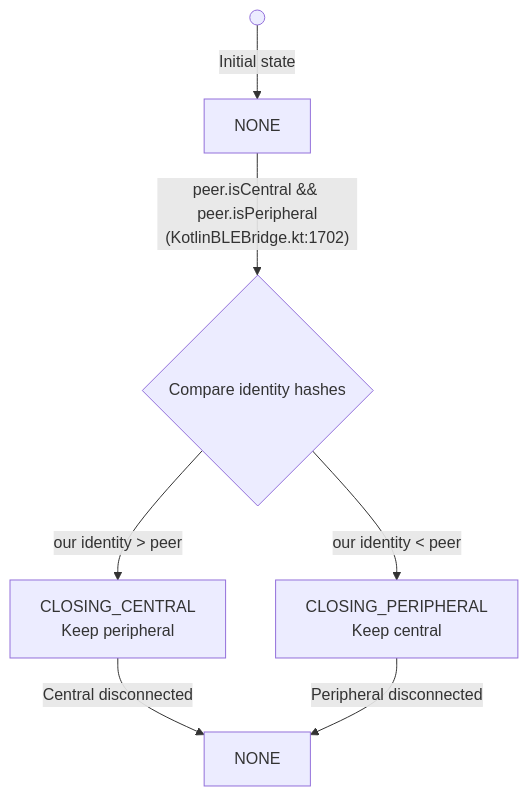
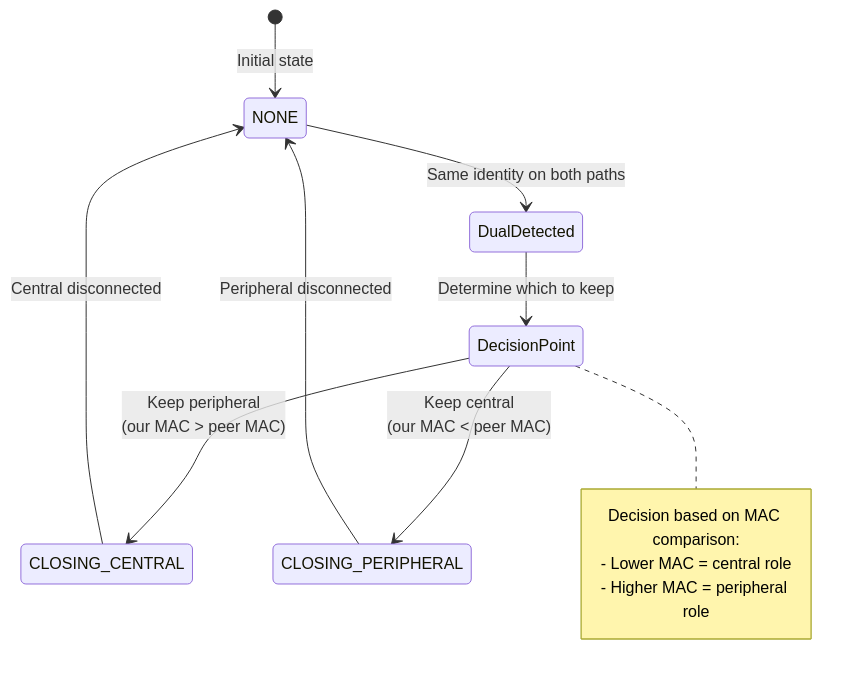
Before and after one commit to derpyspike/columba: diagram 11 of 17 in docs/ble-architecture.md, drawn with Mermaid. The commit also changed other lines of this file, not shown here.

Commit message:
docs(ble): improve architecture diagram layout and structure

````diff
--- a/docs/ble-architecture.md
+++ b/docs/ble-architecture.md
@@ -533,12 +366,20 @@
 ```mermaid
-flowchart TD
-    Start(( )) -->|Initial state| NONE[NONE]
+stateDiagram-v2
+    [*] --> NONE: Initial state
 
-    NONE -->|"peer.isCentral && peer.isPeripheral<br/>(KotlinBLEBridge.kt:1702)"| Decision{Compare identity hashes}
+    NONE --> DualDetected: Same identity on both paths
 
-    Decision -->|"our identity > peer"| CLOSING_CENTRAL[CLOSING_CENTRAL<br/>Keep peripheral]
-    Decision -->|"our identity < peer"| CLOSING_PERIPHERAL[CLOSING_PERIPHERAL<br/>Keep central]
+    DualDetected --> DecisionPoint: Determine which to keep
 
-    CLOSING_CENTRAL -->|"Central disconnected"| NONE2[NONE]
-    CLOSING_PERIPHERAL -->|"Peripheral disconnected"| NONE2
+    DecisionPoint --> CLOSING_CENTRAL: Keep peripheral<br/>(our MAC > peer MAC)
+    DecisionPoint --> CLOSING_PERIPHERAL: Keep central<br/>(our MAC < peer MAC)
+
+    CLOSING_CENTRAL --> NONE: Central disconnected
+    CLOSING_PERIPHERAL --> NONE: Peripheral disconnected
+
+    note right of DecisionPoint
+        Decision based on MAC comparison:
+        - Lower MAC = central role
+        - Higher MAC = peripheral role
+    end note
 ```
````
